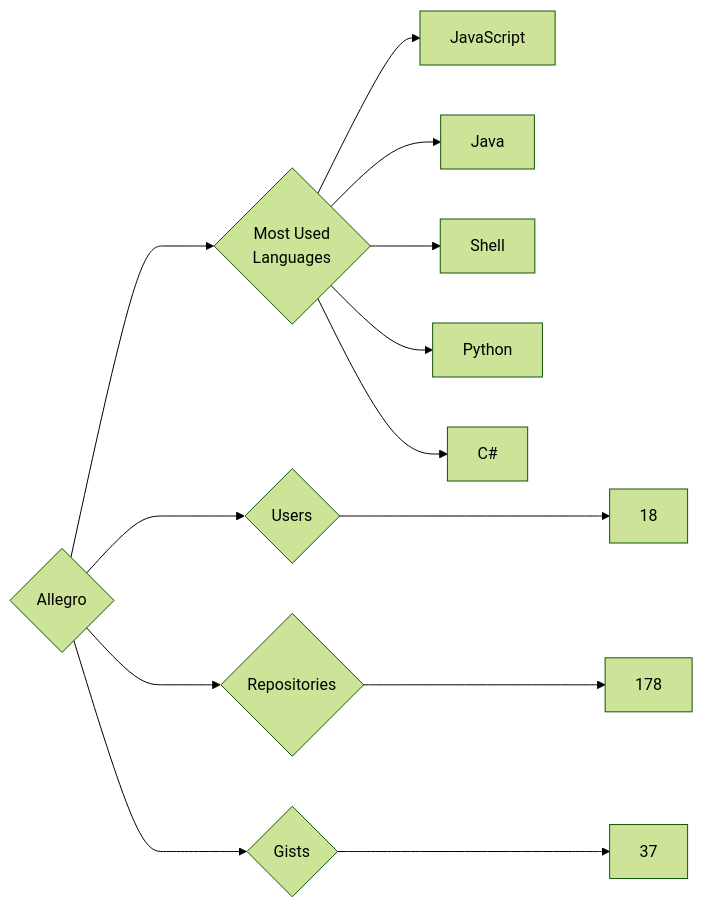
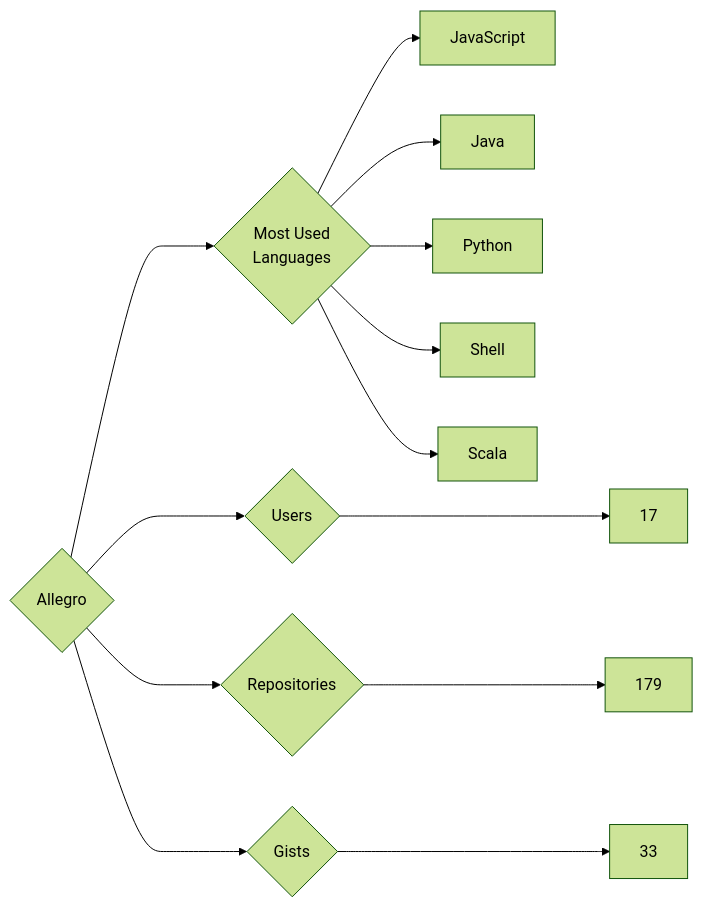
One commit to trickest/insiders changed the diagram in targets/Allegro/README.md. Above: the diagram before and after it, drawn with Mermaid (forest theme). The commit also changed 925 other files, not shown here.

````diff
--- a/targets/Allegro/README.md
+++ b/targets/Allegro/README.md
@@ -3,13 +3,13 @@
 ```mermaid
 graph LR
 COMPANY_NAME{Allegro}
-COMPANY_NAME ---> U{Users} ---> UN[18]
-COMPANY_NAME ---> R{Repositories} ---> RN[178]
-COMPANY_NAME ---> G{Gists} ---> GN[37]
+COMPANY_NAME ---> U{Users} ---> UN[17]
+COMPANY_NAME ---> R{Repositories} ---> RN[179]
+COMPANY_NAME ---> G{Gists} ---> GN[33]
 COMPANY_NAME ---> ML{Most Used<br>Languages}
 ML --> JavaScript[JavaScript]
 ML --> Java[Java]
+ML --> Python[Python]
 ML --> Shell[Shell]
-ML --> Python[Python]
-ML --> C#[C#]
+ML --> Scala[Scala]
 ```
````
